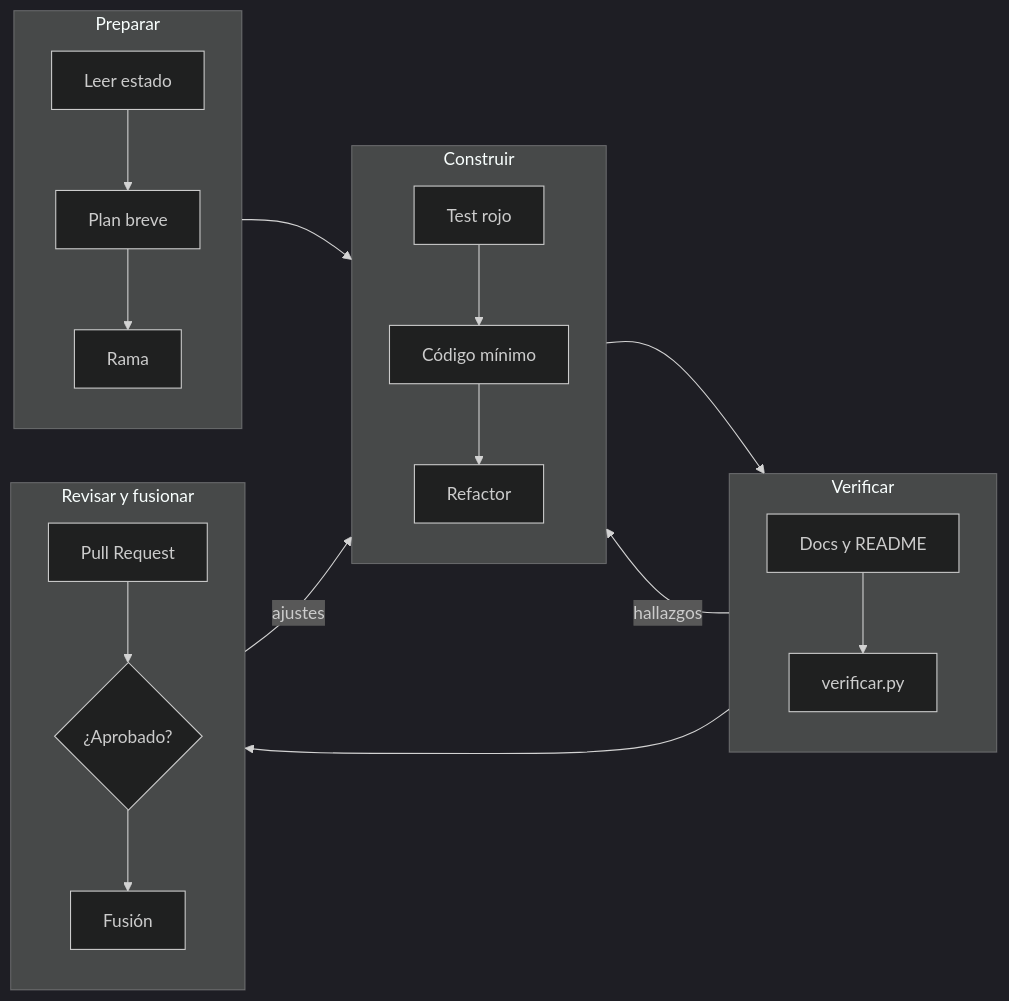
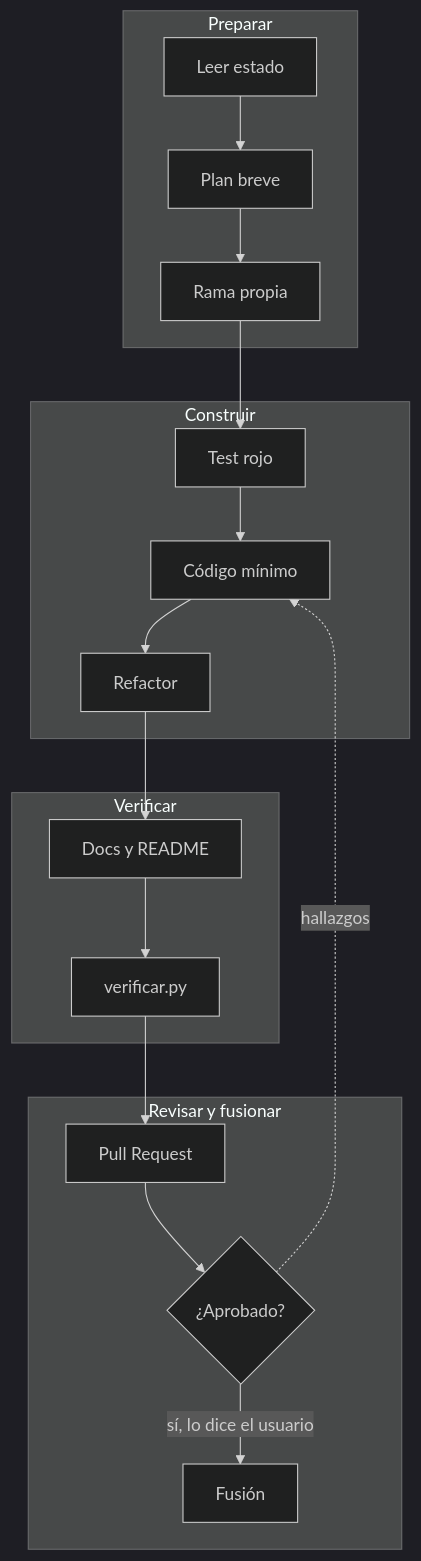
The diagram in docs/diagramas/ciclo-de-trabajo.md (dante-sinesi/senior-developer-skill), drawn with Mermaid (dark theme) before and after one commit. The commit also changed 29 other files, not shown here.

First line of the commit message:
feat(readme): portada, cifras medidas y diagramas como tarjetas SVG (#68)

````diff
--- a/docs/diagramas/ciclo-de-trabajo.md
+++ b/docs/diagramas/ciclo-de-trabajo.md
@@ -14,22 +14,19 @@
 ```mermaid
-flowchart LR
+flowchart TB
     subgraph P["Preparar"]
-        direction TB
-        A["Leer estado"] --> B["Plan breve"] --> C["Rama"]
+        A["Leer estado"] --> B["Plan breve"] --> C["Rama propia"]
     end
     subgraph K["Construir"]
-        direction TB
         D["Test rojo"] --> E["Código mínimo"] --> F["Refactor"]
     end
     subgraph V["Verificar"]
-        direction TB
         G["Docs y README"] --> H["verificar.py"]
     end
     subgraph R["Revisar y fusionar"]
-        direction TB
-        I["Pull Request"] --> J{"¿Aprobado?"} --> L["Fusión"]
+        I["Pull Request"] --> J{"¿Aprobado?"} -->|sí, lo dice el usuario| L["Fusión"]
     end
-    P --> K --> V --> R
-    V -->|hallazgos| K
-    R -->|ajustes| K
+    C --> D
+    F --> G
+    H --> I
+    J -.->|hallazgos| E
 ```
````
